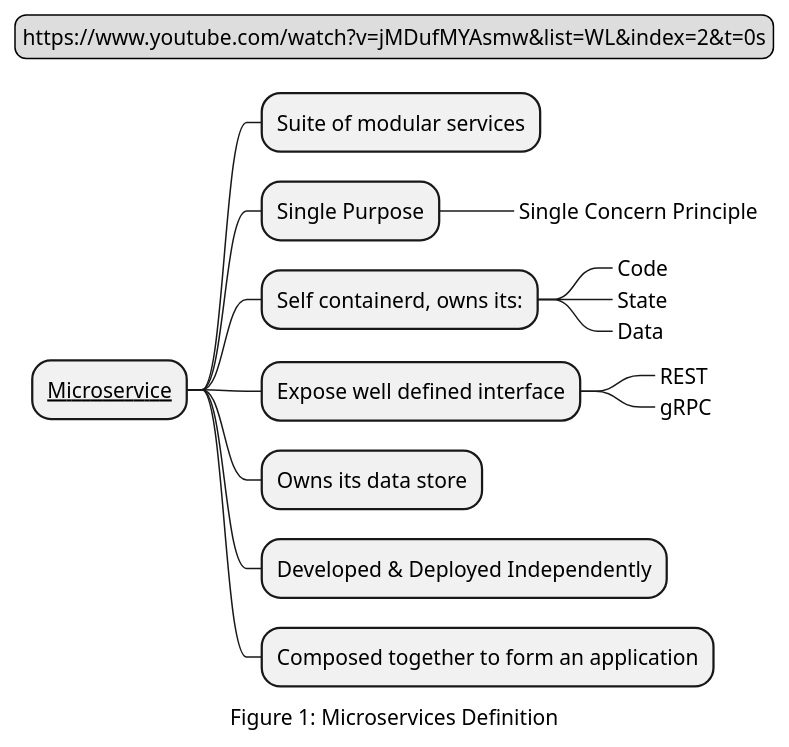
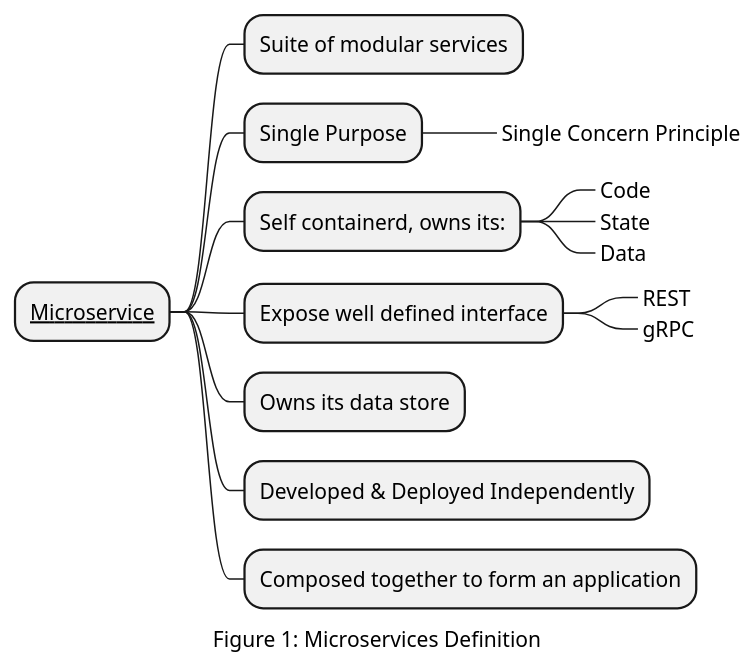
Before and after one commit to Piotr1215/microservices-architecture: the diagram in resources/microservices-definition.puml, drawn with PlantUML. The commit also changed 7 other files, not shown here.

```diff
--- a/resources/microservices-definition.puml
+++ b/resources/microservices-definition.puml
@@ -1,22 +1,18 @@
 @startmindmap Microservices Definition Components
 caption Figure 1: Microservices Definition
-' sd
+' sd s
 * __Microservice__
 ** Suite of modular services
 ** Single Purpose
 ***_  Single Concern Principle
 ** Self containerd, owns its:
 ***_  Code
 ***_  State
 ***_  Data
 ** Expose well defined interface
 ***_ REST
 ***_ gRPC
 ** Owns its data store
 ** Developed & Deployed Independently
 ** Composed together to form an application
-
-legend top left
-https://www.youtube.com/watch?v=jMDufMYAsmw&list=WL&index=2&t=0s
-endlegend
 @endmindmap
```
